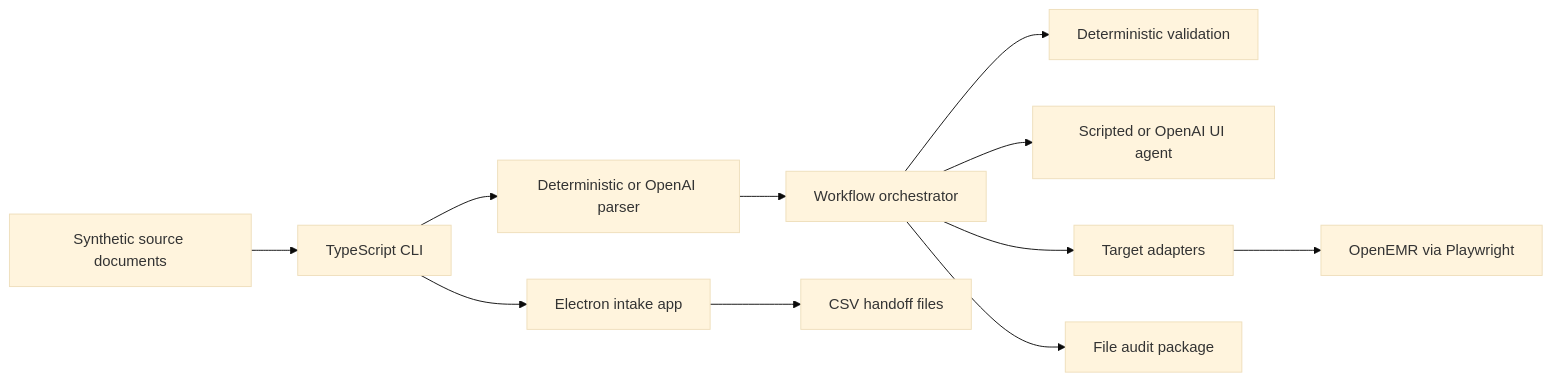
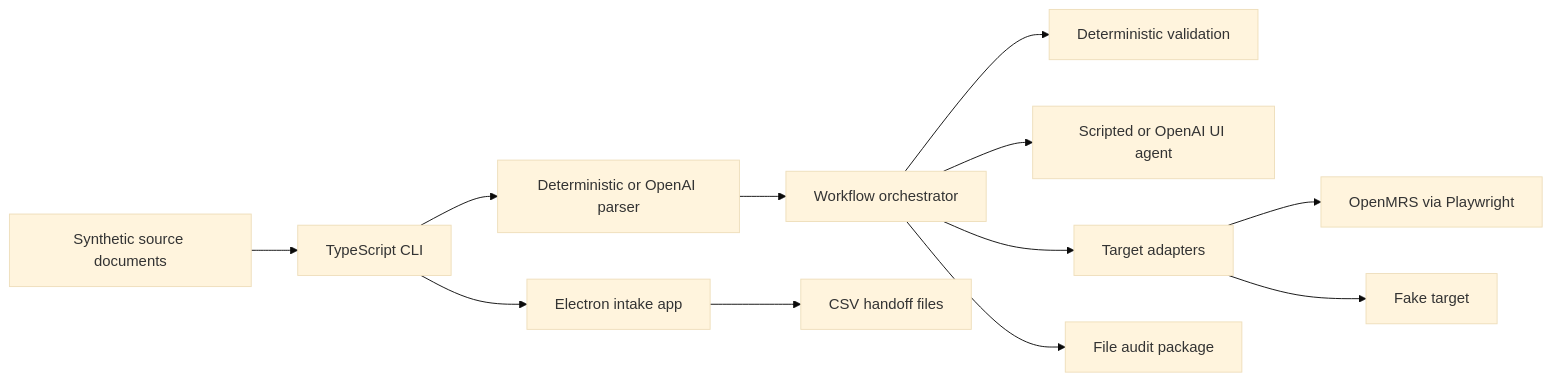
The first of 2 diagrams in README.md (wm-pxel/agentic-ui-automation), drawn with Mermaid (base theme) before and after one commit. The commit also changed other lines of this file and 17 other files, not shown here.

Commit message:
feat: replace OpenEMR target with OpenMRS

````diff
--- a/README.md
+++ b/README.md
@@ -80,13 +80,14 @@
 ```mermaid
 flowchart LR
   Source["Synthetic source documents"] --> CLI["TypeScript CLI"]
   CLI --> Parser["Deterministic or OpenAI parser"]
   Parser --> Orchestrator["Workflow orchestrator"]
   Orchestrator --> Validation["Deterministic validation"]
   Orchestrator --> Agent["Scripted or OpenAI UI agent"]
   Orchestrator --> Targets["Target adapters"]
-  Targets --> OpenEMR["OpenEMR via Playwright"]
+  Targets --> OpenMRS["OpenMRS via Playwright"]
+  Targets --> Fake["Fake target"]
   CLI --> DesktopApp["Electron intake app"]
   DesktopApp --> Handoff["CSV handoff files"]
   Orchestrator --> Audit["File audit package"]
 ```
````
